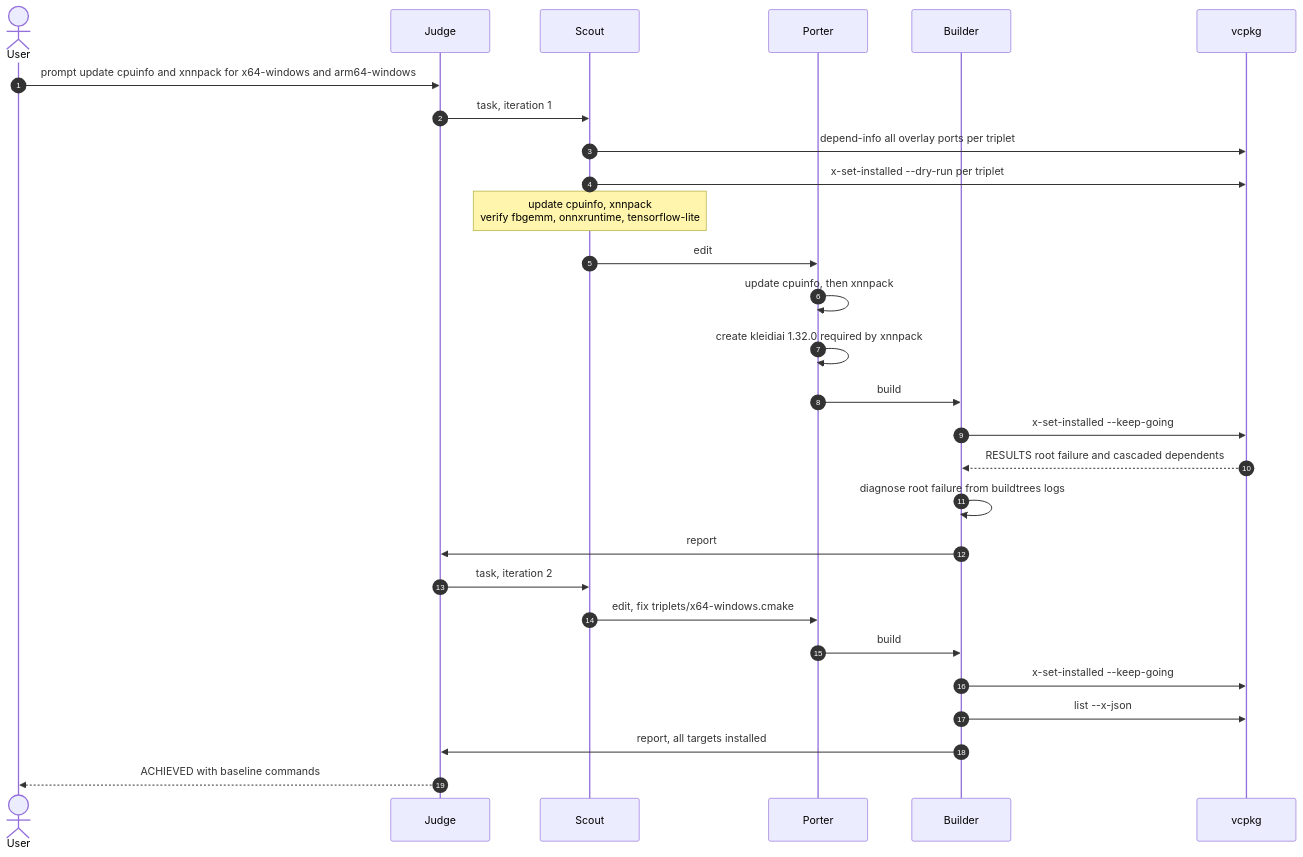
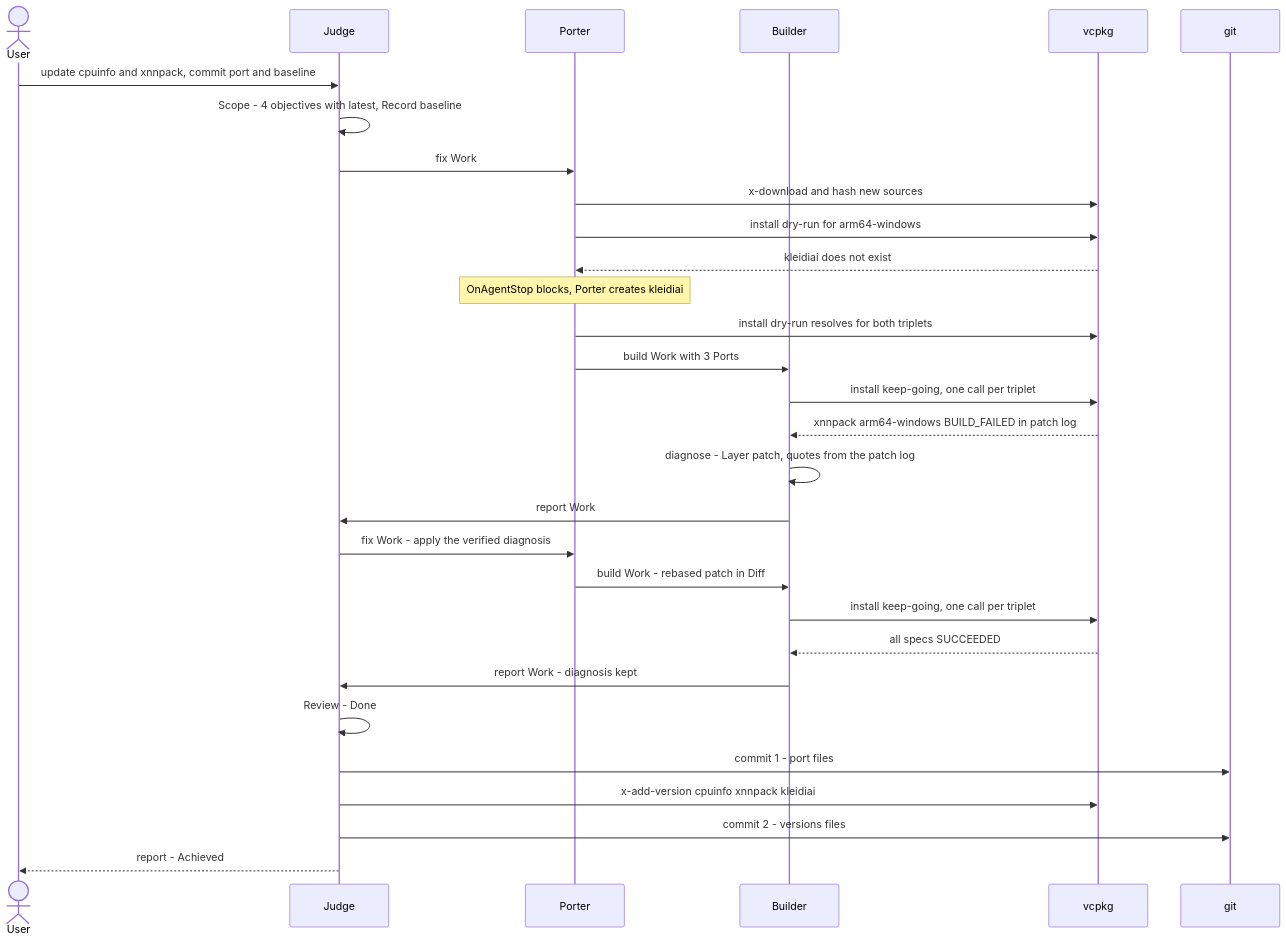
One commit to luncliff/vcpkg-registry changed the fifth of 6 diagrams in vcpkg-agent-team-design.md. Above: the diagram before and after it, drawn with Mermaid. The commit also changed other lines of this file, not shown here.

Commit message:
Implement feature X to enhance user experience and fix bug Y in module Z

````diff
--- a/vcpkg-agent-team-design.md
+++ b/vcpkg-agent-team-design.md
@@ -348,30 +489,32 @@
 ```mermaid
 sequenceDiagram
-  autonumber
-  actor U as User
-  participant J as Judge
-  participant S as Scout
-  participant P as Porter
-  participant B as Builder
-  participant V as vcpkg
-  U->>J: prompt update cpuinfo and xnnpack for x64-windows and arm64-windows
-  J->>S: task, iteration 1
-  S->>V: depend-info all overlay ports per triplet
-  S->>V: x-set-installed --dry-run per triplet
-  Note over S: update cpuinfo, xnnpack<br/>verify fbgemm, onnxruntime, tensorflow-lite
-  S->>P: edit
-  P->>P: update cpuinfo, then xnnpack
-  P->>P: create kleidiai 1.32.0 required by xnnpack
-  P->>B: build
-  B->>V: x-set-installed --keep-going
-  V-->>B: RESULTS root failure and cascaded dependents
-  B->>B: diagnose root failure from buildtrees logs
-  B->>J: report
-  J->>S: task, iteration 2
-  S->>P: edit, fix triplets/x64-windows.cmake
-  P->>B: build
-  B->>V: x-set-installed --keep-going
-  B->>V: list --x-json
-  B->>J: report, all targets installed
-  J-->>U: ACHIEVED with baseline commands
+    actor User
+    participant Judge
+    participant Porter
+    participant Builder
+    participant vcpkg
+    participant git
+    User->>Judge: update cpuinfo and xnnpack, commit port and baseline
+    Judge->>Judge: Scope - 4 objectives with latest, Record baseline
+    Judge->>Porter: fix Work
+    Porter->>vcpkg: x-download and hash new sources
+    Porter->>vcpkg: install dry-run for arm64-windows
+    vcpkg-->>Porter: kleidiai does not exist
+    Note over Porter: OnAgentStop blocks, Porter creates kleidiai
+    Porter->>vcpkg: install dry-run resolves for both triplets
+    Porter->>Builder: build Work with 3 Ports
+    Builder->>vcpkg: install keep-going, one call per triplet
+    vcpkg-->>Builder: xnnpack arm64-windows BUILD_FAILED in patch log
+    Builder->>Builder: diagnose - Layer patch, quotes from the patch log
+    Builder->>Judge: report Work
+    Judge->>Porter: fix Work - apply the verified diagnosis
+    Porter->>Builder: build Work - rebased patch in Diff
+    Builder->>vcpkg: install keep-going, one call per triplet
+    vcpkg-->>Builder: all specs SUCCEEDED
+    Builder->>Judge: report Work - diagnosis kept
+    Judge->>Judge: Review - Done
+    Judge->>git: commit 1 - port files
+    Judge->>vcpkg: x-add-version cpuinfo xnnpack kleidiai
+    Judge->>git: commit 2 - versions files
+    Judge-->>User: report - Achieved
 ```
````
